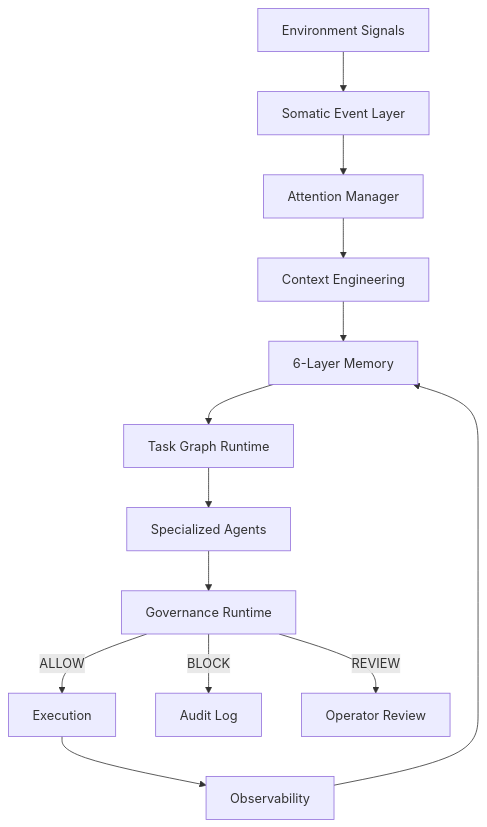
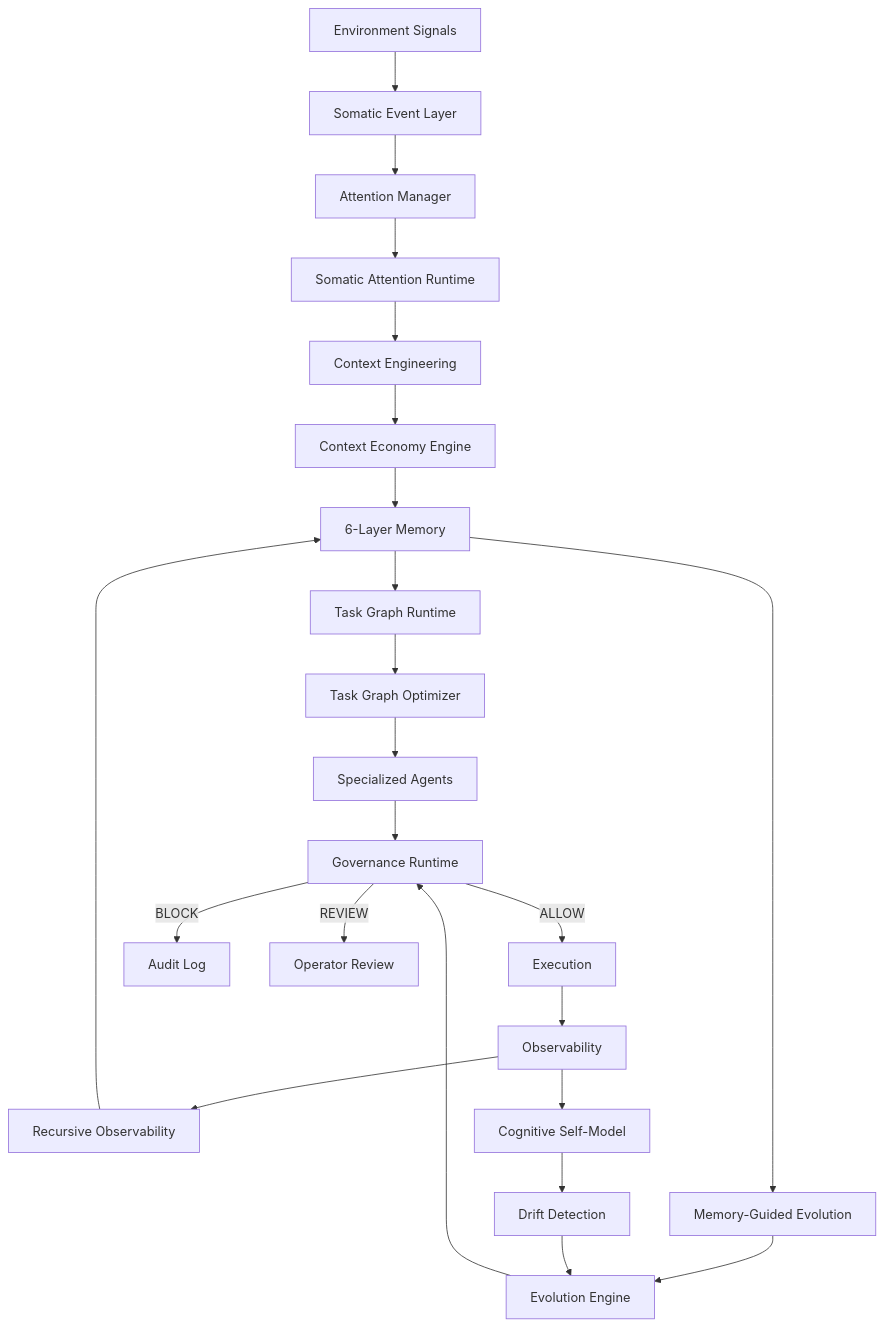
Before and after one commit to alicken-lai/ambient-somatic-intelligence: the diagram in README.md, drawn with Mermaid. The commit also changed other lines of this file and 58 other files, not shown here.

First line of the commit message:
feat: evolve Ambient OS to v0.3.0-alpha Adaptive Cognitive Runtime

````diff
--- a/README.md
+++ b/README.md
@@ -19,15 +19,25 @@
 ```mermaid
 flowchart TD
     ENV[Environment Signals] --> SM[Somatic Event Layer]
     SM --> ATT[Attention Manager]
-    ATT --> CTX[Context Engineering]
-    CTX --> MEM[6-Layer Memory]
+    ATT --> SART[Somatic Attention Runtime]
+    SART --> CTX[Context Engineering]
+    CTX --> CE[Context Economy Engine]
+    CE --> MEM[6-Layer Memory]
     MEM --> TG[Task Graph Runtime]
-    TG --> AGT[Specialized Agents]
+    TG --> TGO[Task Graph Optimizer]
+    TGO --> AGT[Specialized Agents]
     AGT --> GOV[Governance Runtime]
     GOV -->|ALLOW| EXEC[Execution]
     GOV -->|BLOCK| AUDIT[Audit Log]
     GOV -->|REVIEW| OPS[Operator Review]
     EXEC --> OBS[Observability]
-    OBS --> MEM
+    OBS --> ROBS[Recursive Observability]
+    ROBS --> MEM
+    MEM --> MEV[Memory-Guided Evolution]
+    MEV --> EVO[Evolution Engine]
+    EVO --> GOV
+    CSM[Cognitive Self-Model] --> DRIFT[Drift Detection]
+    DRIFT --> EVO
+    OBS --> CSM
 ```
````
